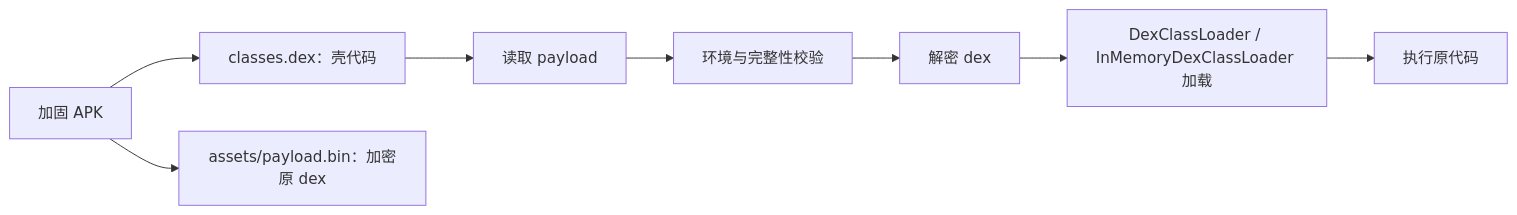
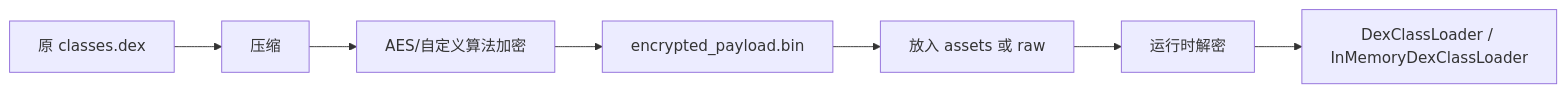
Before and after one commit to junyingzhao001/StudyNotes: the fifth of 12 diagrams in android插件相关/App加固详解.md, drawn with Mermaid. The commit also changed other lines of this file and 3 other files, not shown here.

````diff
--- a/android插件相关/App加固详解.md
+++ b/android插件相关/App加固详解.md
@@ -430,10 +443,9 @@
 ```mermaid
 flowchart LR
-  APK["加固 APK"] --> ShellDex["classes.dex：壳代码"]
-  APK --> Payload["assets/payload.bin：加密原 dex"]
-  ShellDex --> Read["读取 payload"]
-  Read --> Verify["环境与完整性校验"]
-  Verify --> Decrypt["解密 dex"]
-  Decrypt --> Load["DexClassLoader / InMemoryDexClassLoader 加载"]
-  Load --> Run["执行原代码"]
+    A["原 classes.dex"] --> B["压缩"]
+    B --> C["AES/自定义算法加密"]
+    C --> D["encrypted_payload.bin"]
+    D --> E["放入 assets 或 raw"]
+    E --> F["运行时解密"]
+    F --> G["DexClassLoader / InMemoryDexClassLoader"]
 ```
````
